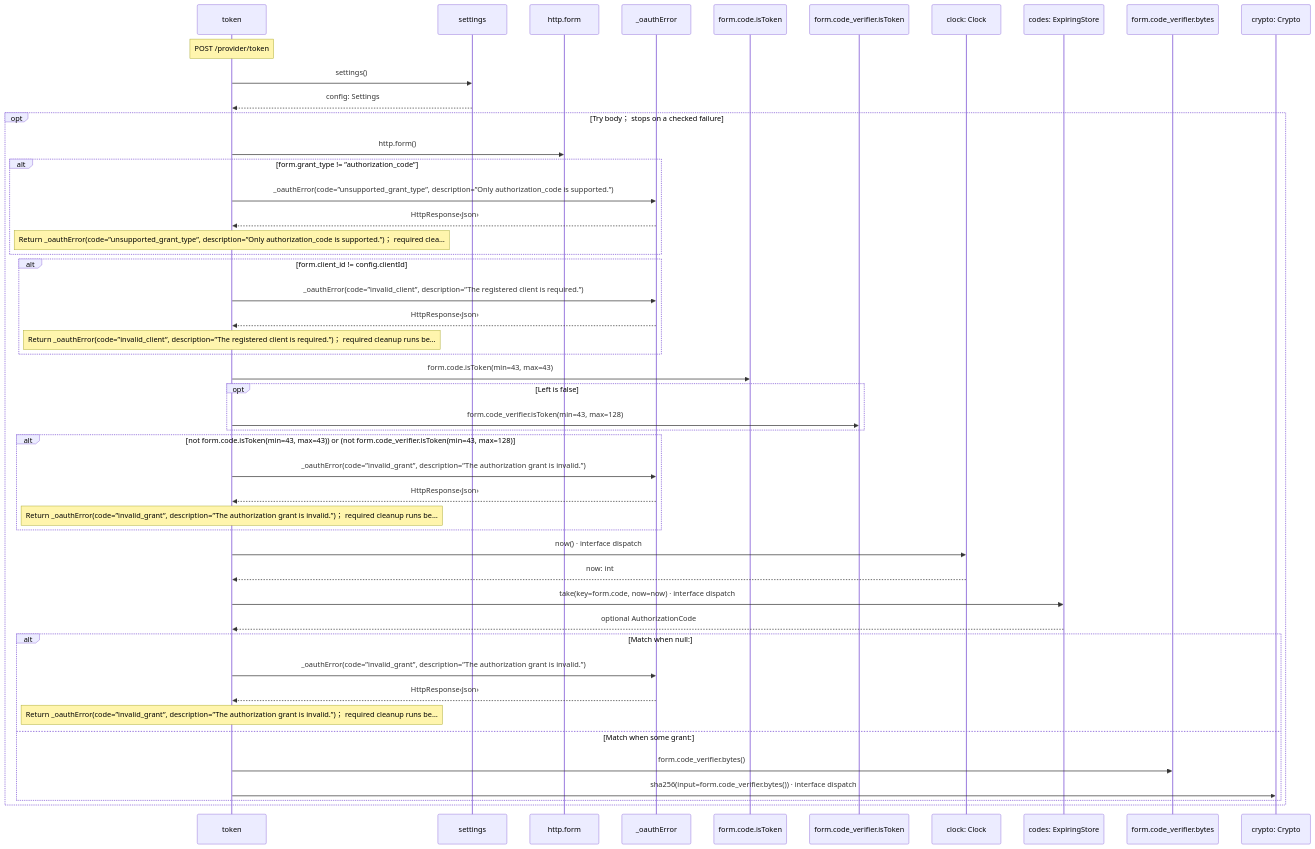
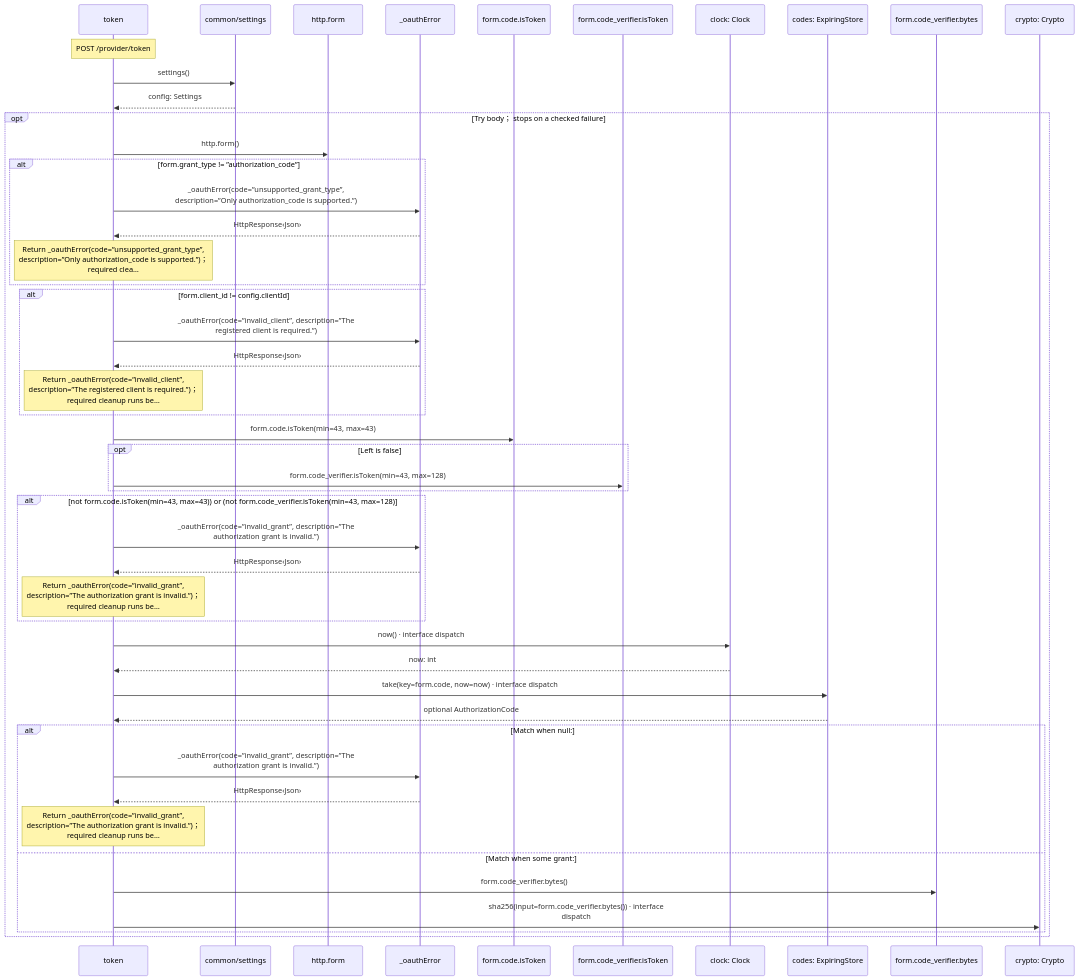
One commit to GreenPandaStudios/augscript changed the fourth of 6 diagrams in docs/examples/oidc-login/provider/token-diagrams.md. Above: the diagram before and after it, drawn with Mermaid. The commit also changed other lines of this file and 200 other files, not shown here.

Commit message:
Group imported operations and wrap readable sequence messages

````diff
--- a/docs/examples/oidc-login/provider/token-diagrams.md
+++ b/docs/examples/oidc-login/provider/token-diagrams.md
@@ -119,50 +119,50 @@
 ```mermaid
 sequenceDiagram
     participant p0 as token
-    participant p1 as settings
+    participant p1 as common/settings
     participant p2 as http.form
     participant p3 as _oauthError
     participant p4 as form.code.isToken
     participant p5 as form.code_verifier.isToken
     participant p6 as clock: Clock
     participant p7 as codes: ExpiringStore
     participant p8 as form.code_verifier.bytes
     participant p9 as crypto: Crypto
     Note over p0: POST /provider/token
     p0->>p1: settings()
     p1-->>p0: config: Settings
     opt Try body； stops on a checked failure
     p0->>p2: http.form()
     alt form.grant_type != ”authorization_code”
-    p0->>p3: _oauthError(code=”unsupported_grant_type”, description=”Only authorization_code is supported.”)
+    p0->>p3: _oauthError(code=”unsupported_grant_type”,<br/>description=”Only authorization_code is supported.”)
     p3-->>p0: HttpResponse‹Json›
-    Note over p0: Return _oauthError(code=”unsupported_grant_type”, description=”Only authorization_code is supported.”)； required clea…
+    Note over p0: Return _oauthError(code=”unsupported_grant_type”,<br/>description=”Only authorization_code is supported.”)；<br/>required clea…
     end
     alt form.client_id != config.clientId
-    p0->>p3: _oauthError(code=”invalid_client”, description=”The registered client is required.”)
+    p0->>p3: _oauthError(code=”invalid_client”, description=”The<br/>registered client is required.”)
     p3-->>p0: HttpResponse‹Json›
-    Note over p0: Return _oauthError(code=”invalid_client”, description=”The registered client is required.”)； required cleanup runs be…
+    Note over p0: Return _oauthError(code=”invalid_client”,<br/>description=”The registered client is required.”)；<br/>required cleanup runs be…
     end
     p0->>p4: form.code.isToken(min=43, max=43)
     opt Left is false
     p0->>p5: form.code_verifier.isToken(min=43, max=128)
     end
     alt not form.code.isToken(min=43, max=43)) or (not form.code_verifier.isToken(min=43, max=128)
-    p0->>p3: _oauthError(code=”invalid_grant”, description=”The authorization grant is invalid.”)
+    p0->>p3: _oauthError(code=”invalid_grant”, description=”The<br/>authorization grant is invalid.”)
     p3-->>p0: HttpResponse‹Json›
-    Note over p0: Return _oauthError(code=”invalid_grant”, description=”The authorization grant is invalid.”)； required cleanup runs be…
+    Note over p0: Return _oauthError(code=”invalid_grant”,<br/>description=”The authorization grant is invalid.”)；<br/>required cleanup runs be…
     end
     p0->>p6: now() · interface dispatch
     p6-->>p0: now: int
     p0->>p7: take(key=form.code, now=now) · interface dispatch
     p7-->>p0: optional AuthorizationCode
     alt Match when null:
-    p0->>p3: _oauthError(code=”invalid_grant”, description=”The authorization grant is invalid.”)
+    p0->>p3: _oauthError(code=”invalid_grant”, description=”The<br/>authorization grant is invalid.”)
     p3-->>p0: HttpResponse‹Json›
-    Note over p0: Return _oauthError(code=”invalid_grant”, description=”The authorization grant is invalid.”)； required cleanup runs be…
+    Note over p0: Return _oauthError(code=”invalid_grant”,<br/>description=”The authorization grant is invalid.”)；<br/>required cleanup runs be…
     else Match when some grant:
     p0->>p8: form.code_verifier.bytes()
-    p0->>p9: sha256(input=form.code_verifier.bytes()) · interface dispatch
+    p0->>p9: sha256(input=form.code_verifier.bytes()) · interface<br/>dispatch
     end
     end
 ```
````
